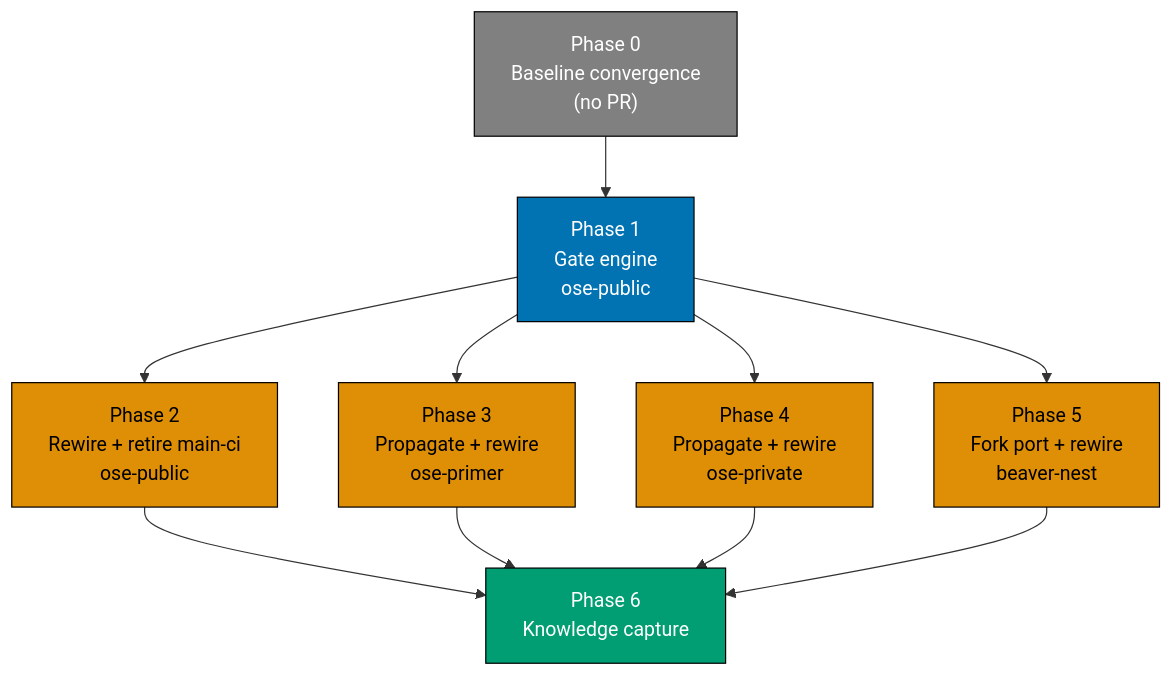
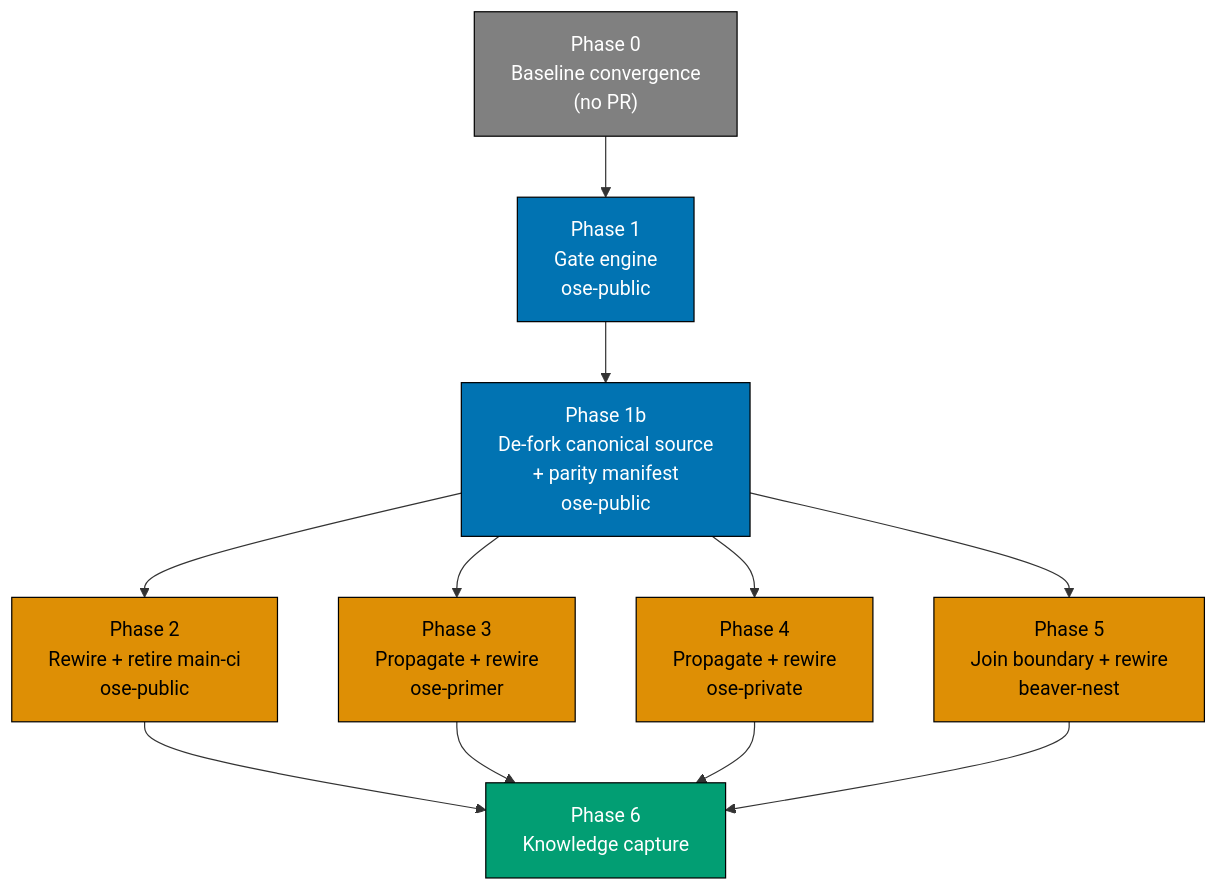
Before and after one commit to wahidyankf/open-sharia-fintech: the diagram in plans/in-progress/sdlc-gate-registry-enforcement/tech-docs.md, drawn with Mermaid. The commit also changed other lines of this file and 27 other files, not shown here.

````diff
--- a/plans/in-progress/sdlc-gate-registry-enforcement/tech-docs.md
+++ b/plans/in-progress/sdlc-gate-registry-enforcement/tech-docs.md
@@ -441,29 +851,32 @@
 ```mermaid
 %% Color palette: Blue #0173B2, Orange #DE8F05, Teal #029E73, Gray #808080
 graph TD
     P0["Phase 0<br/>Baseline convergence<br/>(no PR)"]
     P1["Phase 1<br/>Gate engine<br/>ose-public"]
+    P1B["Phase 1b<br/>De-fork canonical source<br/>+ parity manifest<br/>ose-public"]
     P2["Phase 2<br/>Rewire + retire main-ci<br/>ose-public"]
     P3["Phase 3<br/>Propagate + rewire<br/>ose-primer"]
     P4["Phase 4<br/>Propagate + rewire<br/>ose-private"]
-    P5["Phase 5<br/>Fork port + rewire<br/>beaver-nest"]
+    P5["Phase 5<br/>Join boundary + rewire<br/>beaver-nest"]
     P6["Phase 6<br/>Knowledge capture"]
 
     P0 --> P1
-    P1 --> P2
-    P1 --> P3
-    P1 --> P4
-    P1 --> P5
+    P1 --> P1B
+    P1B --> P2
+    P1B --> P3
+    P1B --> P4
+    P1B --> P5
     P2 --> P6
     P3 --> P6
     P4 --> P6
     P5 --> P6
 
     style P0 fill:#808080,stroke:#000000,color:#FFFFFF
     style P1 fill:#0173B2,stroke:#000000,color:#FFFFFF
+    style P1B fill:#0173B2,stroke:#000000,color:#FFFFFF
     style P2 fill:#DE8F05,stroke:#000000,color:#000000
     style P3 fill:#DE8F05,stroke:#000000,color:#000000
     style P4 fill:#DE8F05,stroke:#000000,color:#000000
     style P5 fill:#DE8F05,stroke:#000000,color:#000000
     style P6 fill:#029E73,stroke:#000000,color:#FFFFFF
 ```
````
